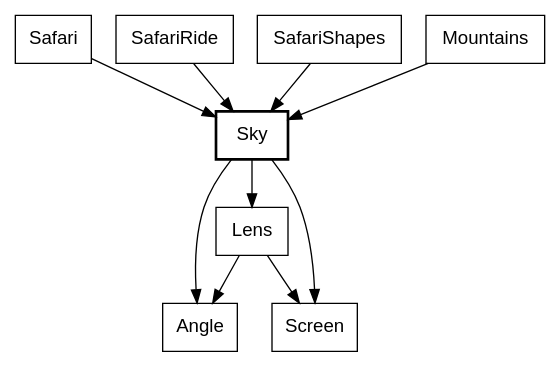
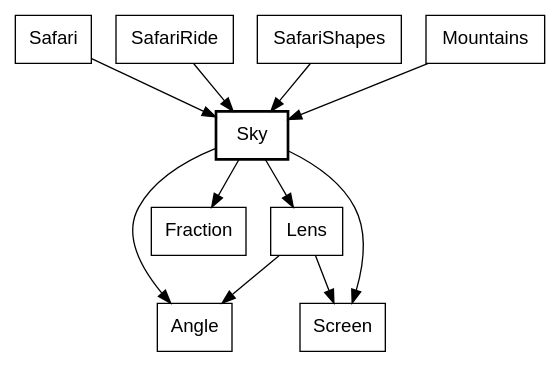
The third of 6 diagrams in canvas_apps/safari/tutorial/tutorial.md (showell/roc-apps), drawn with Graphviz before and after one commit. The commit also changed other lines of this file and 46 other files, not shown here.

````diff
--- a/canvas_apps/safari/tutorial/tutorial.md
+++ b/canvas_apps/safari/tutorial/tutorial.md
@@ -116,15 +116,16 @@
 ```dot
 digraph sky {
   node [shape=box, fontname="Helvetica"];
   Sky [style=bold];
   Safari -> Sky;
   SafariRide -> Sky;
   SafariShapes -> Sky;
   Mountains -> Sky;
   Sky -> Angle;
+  Sky -> Fraction;
   Sky -> Lens;
   Sky -> Screen;
   Lens -> Angle;
   Lens -> Screen;
 }
 ```
````
